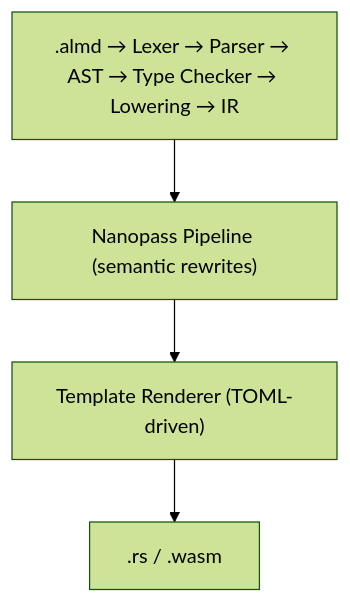
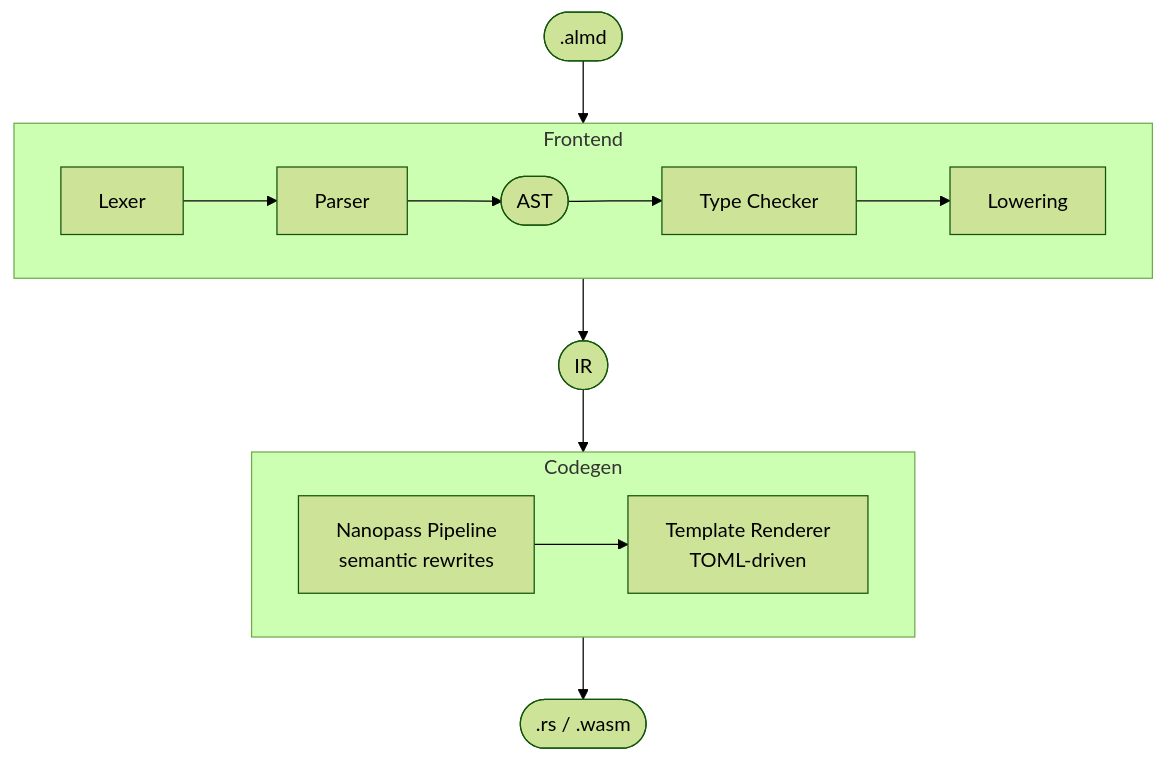
Before and after one commit to almide/almide: the diagram in README.md, drawn with Mermaid (forest theme).

Commit message:
Group the README pipeline diagram into Frontend and Codegen subgraphs instead of one collapsed node

````diff
--- a/README.md
+++ b/README.md
@@ -181,8 +181,18 @@
 ```mermaid
 flowchart TB
-    SRC[".almd → Lexer → Parser → AST → Type Checker → Lowering → IR"]
-    NANO["Nanopass Pipeline (semantic rewrites)"]
-    TMPL["Template Renderer (TOML-driven)"]
-    OUT[".rs / .wasm"]
-    SRC --> NANO --> TMPL --> OUT
+    SRC([".almd"])
+
+    subgraph FE["Frontend"]
+        direction LR
+        LEX["Lexer"] --> PAR["Parser"] --> AST(["AST"]) --> CHK["Type Checker"] --> LOW["Lowering"]
+    end
+
+    subgraph CG["Codegen"]
+        direction LR
+        NANO["Nanopass Pipeline<br/>semantic rewrites"] --> TMPL["Template Renderer<br/>TOML-driven"]
+    end
+
+    SRC --> LEX
+    LOW --> IR(["IR"]) --> NANO
+    TMPL --> OUT([".rs / .wasm"])
 ```
````
